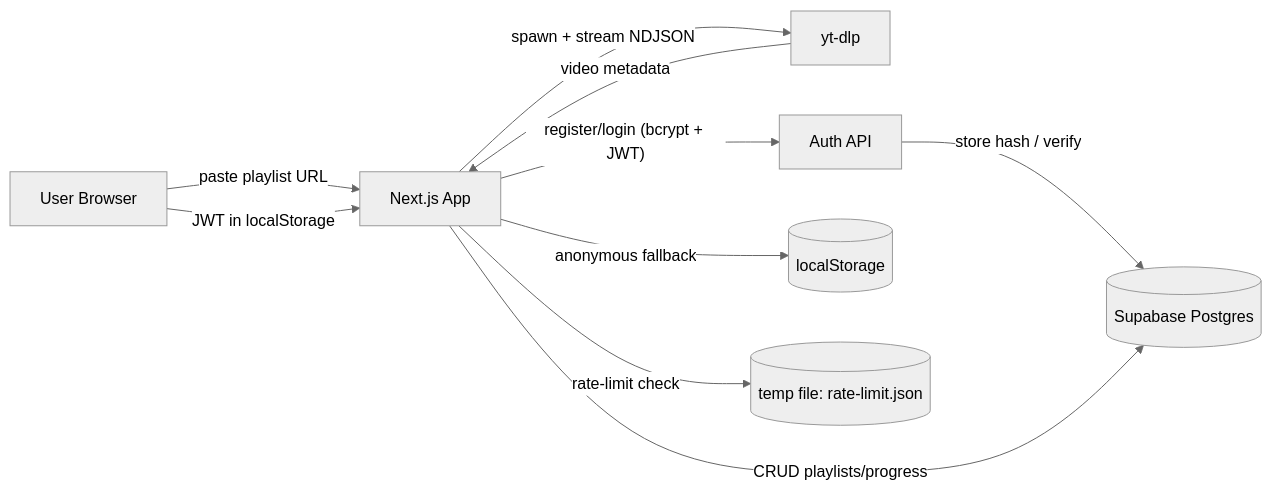
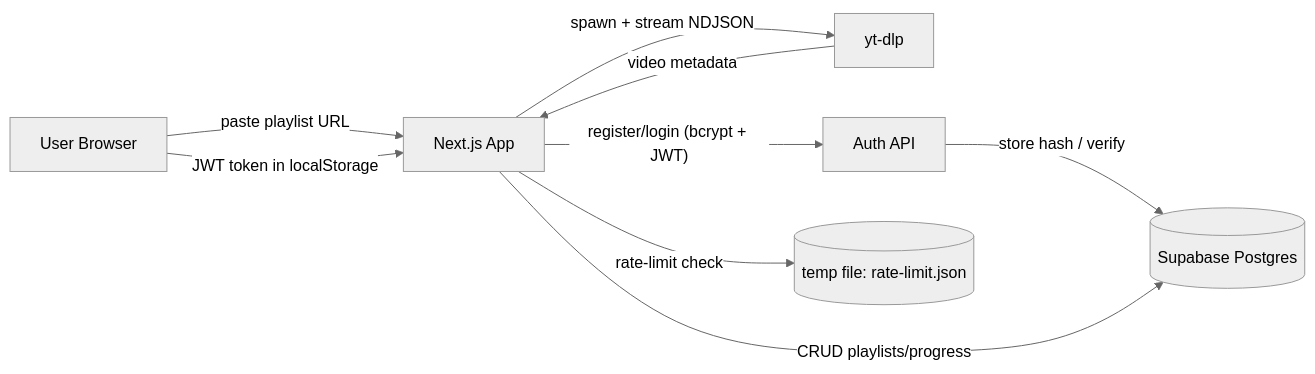
The first of 5 diagrams in docs/hld.md (Sayantan-B-dev/Ex_TrackTube), drawn with Mermaid (neutral theme) before and after one commit. The commit also changed other lines of this file and 5 other files, not shown here.

````diff
--- a/docs/hld.md
+++ b/docs/hld.md
@@ -5,12 +5,11 @@
 ```mermaid
 flowchart LR
     U[User Browser] -->|"paste playlist URL"| W[Next.js App]
     W -->|"spawn + stream NDJSON"| Y[yt-dlp]
     Y -->|"video metadata"| W
     W -->|"register/login (bcrypt + JWT)"| A[Auth API]
     A -->|"store hash / verify"| DB[(Supabase Postgres)]
     W -->|"CRUD playlists/progress"| DB
-    U -->|"JWT in localStorage"| W
-    W -->|"anonymous fallback"| LS[(localStorage)]
+    U -->|"JWT token in localStorage"| W
     W -->|"rate-limit check"| RL[(temp file: rate-limit.json)]
 ```
````
